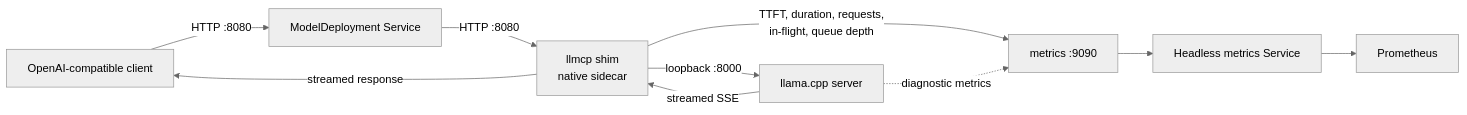
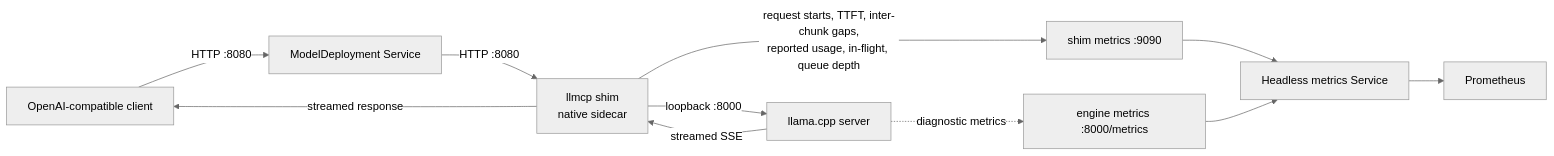
One commit to surajm20061998/LLM_Inference_Control_Plane changed the second of 8 diagrams in README.md. Above: the diagram before and after it, drawn with Mermaid (neutral theme). The commit also changed other lines of this file and 94 other files, not shown here.

````diff
--- a/README.md
+++ b/README.md
@@ -99,13 +99,14 @@
 ```mermaid
 flowchart LR
     client[OpenAI-compatible client] -->|HTTP :8080| service[ModelDeployment Service]
     service -->|HTTP :8080| shim[llmcp shim<br/>native sidecar]
     shim -->|loopback :8000| engine[llama.cpp server]
     engine -->|streamed SSE| shim
     shim -->|streamed response| client
 
-    shim -->|TTFT, duration, requests,<br/>in-flight, queue depth| endpoint[metrics :9090]
-    engine -. diagnostic metrics .-> endpoint
-    endpoint --> headless[Headless metrics Service]
+    shim -->|request starts, TTFT, inter-chunk gaps,<br/>reported usage, in-flight, queue depth| shimmetrics[shim metrics :9090]
+    engine -. diagnostic metrics .-> enginemetrics[engine metrics :8000/metrics]
+    shimmetrics --> headless[Headless metrics Service]
+    enginemetrics --> headless
     headless --> prometheus[Prometheus]
 ```
````
